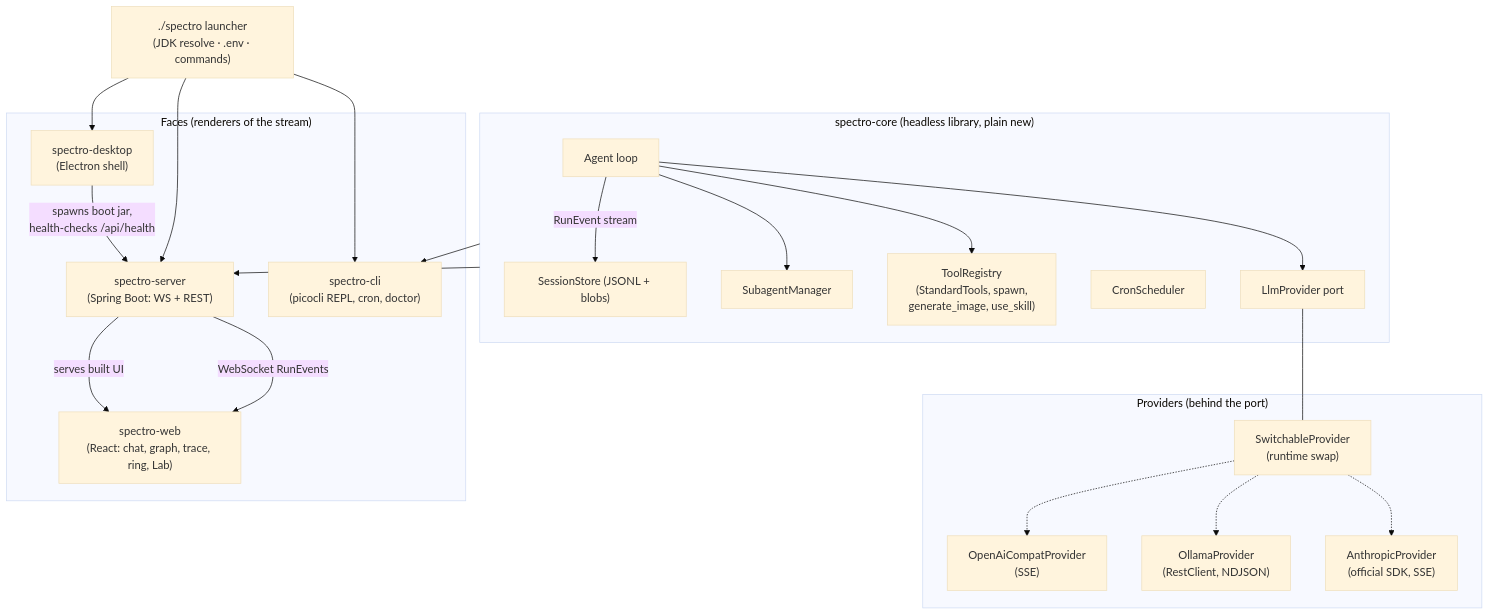
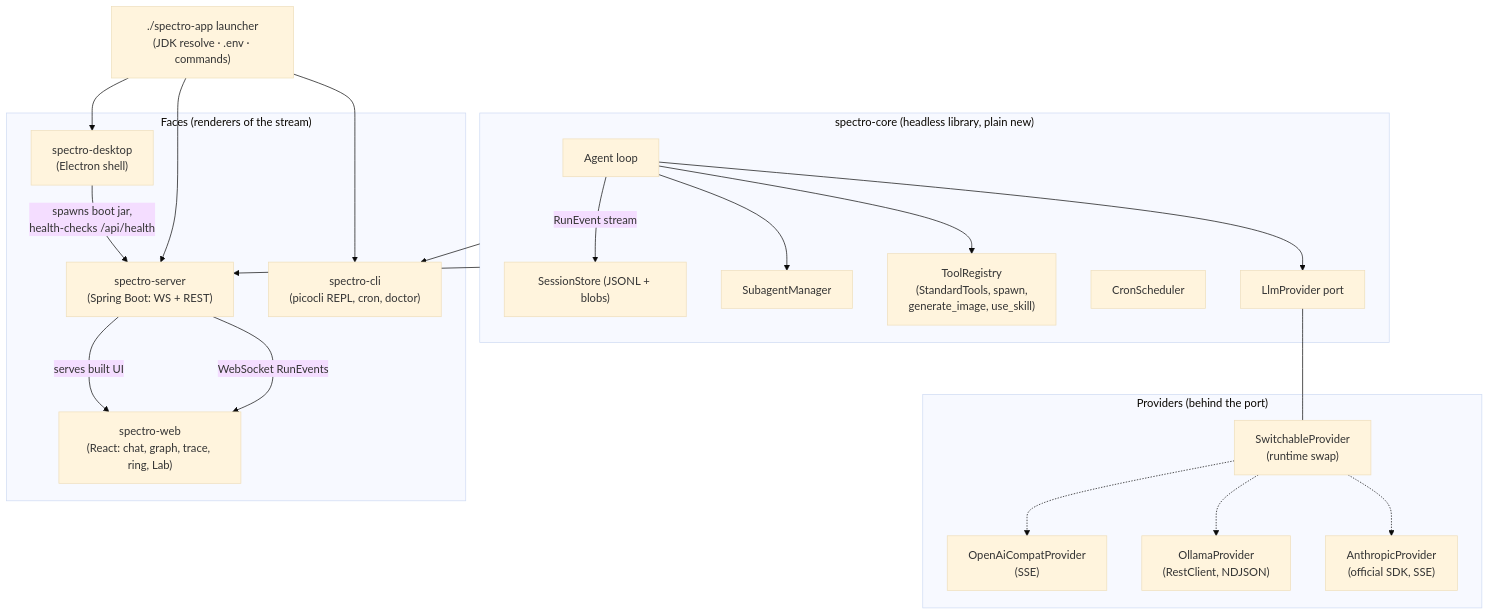
The first of 5 diagrams in docs/ARCHITECTURE.md (spectroscope/spectroscope), drawn with Mermaid (base theme) before and after one commit. The commit also changed other lines of this file and 46 other files, not shown here.

````diff
--- a/docs/ARCHITECTURE.md
+++ b/docs/ARCHITECTURE.md
@@ -21,42 +21,42 @@
 ```mermaid
 flowchart TB
     subgraph core["spectro-core (headless library, plain new)"]
         agent["Agent loop"]
         subagents["SubagentManager"]
         tools["ToolRegistry<br/>(StandardTools, spawn,<br/>generate_image, use_skill)"]
         provider["LlmProvider port"]
         sched["CronScheduler"]
         store["SessionStore (JSONL + blobs)"]
         agent --> provider
         agent --> tools
         agent --> subagents
         agent -->|"RunEvent stream"| store
     end
 
     subgraph providers["Providers (behind the port)"]
         anth["AnthropicProvider<br/>(official SDK, SSE)"]
         oll["OllamaProvider<br/>(RestClient, NDJSON)"]
         oai["OpenAiCompatProvider<br/>(SSE)"]
         sw["SwitchableProvider<br/>(runtime swap)"]
         sw -.-> anth & oll & oai
     end
     provider --- sw
 
     subgraph faces["Faces (renderers of the stream)"]
         cli["spectro-cli<br/>(picocli REPL, cron, doctor)"]
         server["spectro-server<br/>(Spring Boot: WS + REST)"]
         web["spectro-web<br/>(React: chat, graph, trace, ring, Lab)"]
         desktop["spectro-desktop<br/>(Electron shell)"]
     end
 
     core --> cli
     core --> server
     server -->|"WebSocket RunEvents"| web
     server -->|"serves built UI"| web
     desktop -->|"spawns boot jar,<br/>health-checks /api/health"| server
 
-    launcher["./spectro launcher<br/>(JDK resolve · .env · commands)"]
+    launcher["./spectro-app launcher<br/>(JDK resolve · .env · commands)"]
     launcher --> cli
     launcher --> server
     launcher --> desktop
 ```
````
